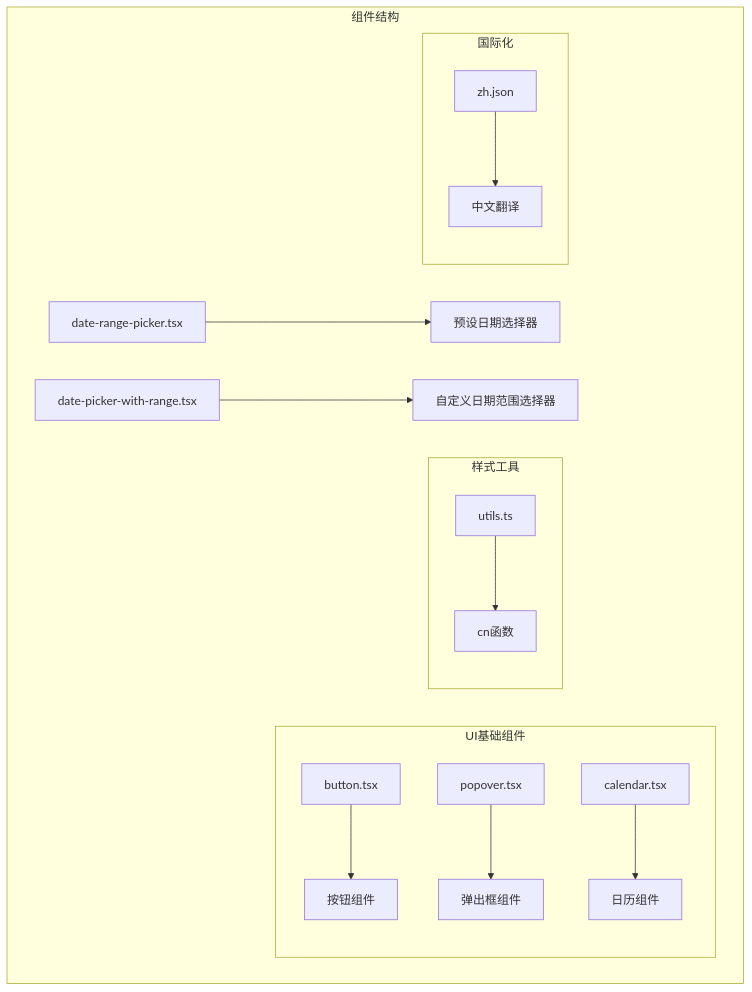
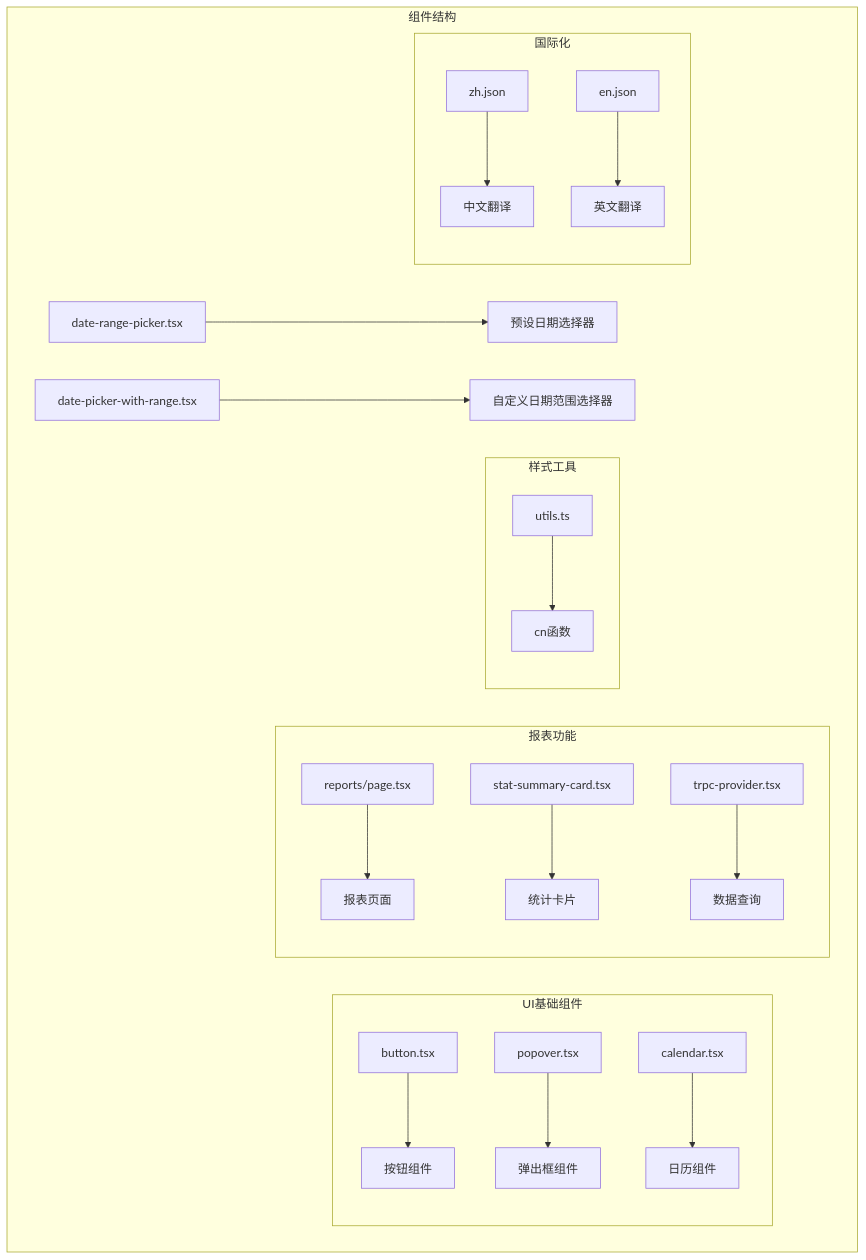
One commit to RadiumAg/AIGate changed the first of 8 diagrams in .qoder/repowiki/zh/content/Date Range Picker Component.md. Above: the diagram before and after it, drawn with Mermaid. The commit also changed other lines of this file and 3 other files, not shown here.

````diff
--- a/.qoder/repowiki/zh/content/Date Range Picker Component.md
+++ b/.qoder/repowiki/zh/content/Date Range Picker Component.md
@@ -36,18 +48,24 @@
 ```mermaid
 graph TB
 subgraph "组件结构"
 A[date-range-picker.tsx] --> B[预设日期选择器]
 C[date-picker-with-range.tsx] --> D[自定义日期范围选择器]
 subgraph "UI基础组件"
 E[button.tsx] --> F[按钮组件]
 G[popover.tsx] --> H[弹出框组件]
 I[calendar.tsx] --> J[日历组件]
 end
+subgraph "报表功能"
+K[reports/page.tsx] --> L[报表页面]
+M[stat-summary-card.tsx] --> N[统计卡片]
+O[trpc-provider.tsx] --> P[数据查询]
+end
 subgraph "样式工具"
-K[utils.ts] --> L[cn函数]
+Q[utils.ts] --> R[cn函数]
 end
 subgraph "国际化"
-M[zh.json] --> N[中文翻译]
+S[zh.json] --> T[中文翻译]
+U[en.json] --> V[英文翻译]
 end
 end
 ```
````
